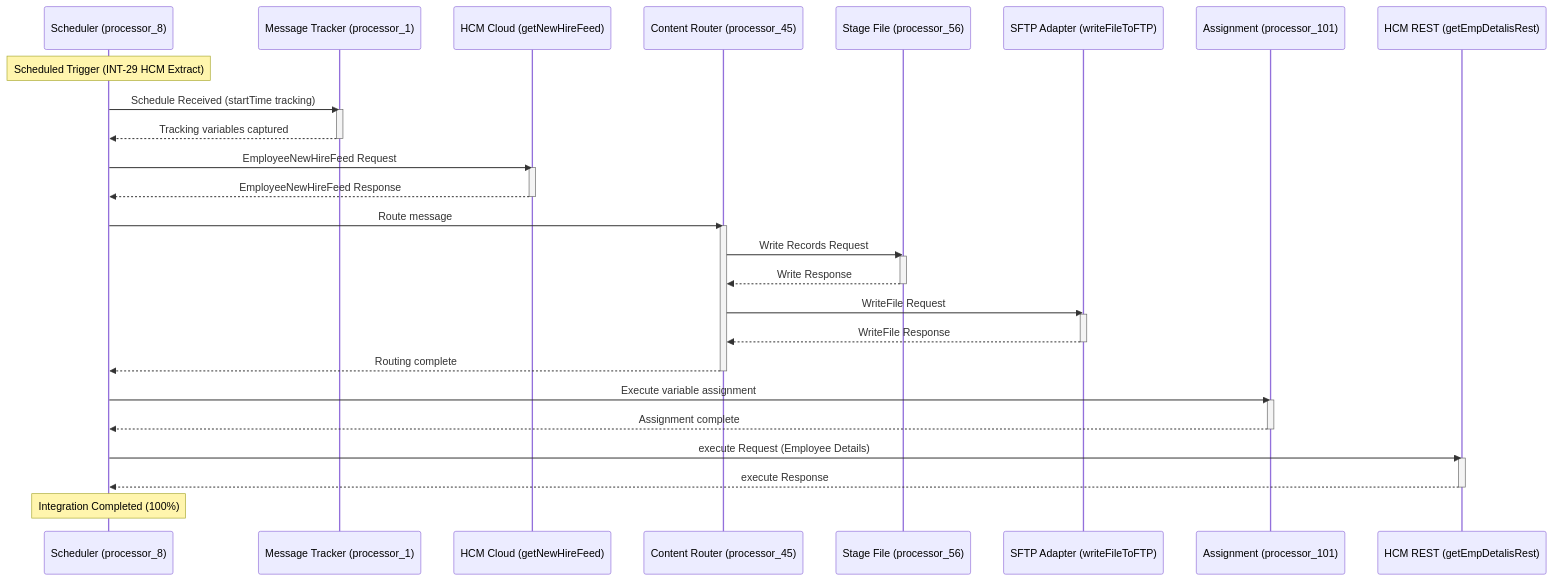
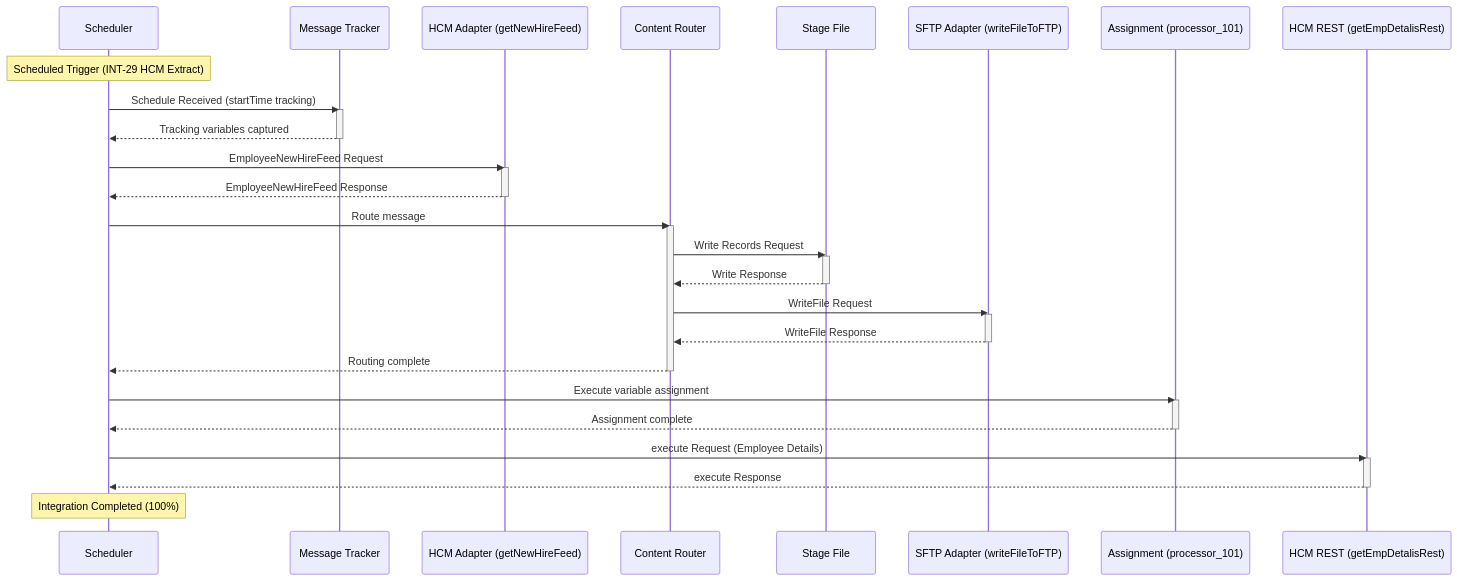
The diagram in Seaspan/Helm/EmployeeMaster.md (shanchih/Seaspan), drawn with Mermaid before and after one commit. The commit also changed other lines of this file, not shown here.

Commit message:
Seaspan/Helm/EmployeeMaster.md updated from https://stackedit.io/

````diff
--- a/Seaspan/Helm/EmployeeMaster.md
+++ b/Seaspan/Helm/EmployeeMaster.md
@@ -20,48 +20,48 @@
 ```mermaid 
 sequenceDiagram
-    participant Scheduler as Scheduler (processor_8)
-    participant MessageTracker as Message Tracker (processor_1)
-    participant HCMCloud as HCM Cloud (getNewHireFeed)
-    participant Router as Content Router (processor_45)
-    participant StageFile as Stage File (processor_56)
+    participant Scheduler as Scheduler
+    participant MessageTracker as Message Tracker
+    participant HCMCloud as HCM Adapter (getNewHireFeed)
+    participant Router as Content Router
+    participant StageFile as Stage File 
     participant SFTP as SFTP Adapter (writeFileToFTP)
     participant Assignment as Assignment (processor_101)
     participant HCMRest as HCM REST (getEmpDetalisRest)
 
     Note over Scheduler: Scheduled Trigger (INT-29 HCM Extract)
     Scheduler->>MessageTracker: Schedule Received (startTime tracking)
     activate MessageTracker
     MessageTracker-->>Scheduler: Tracking variables captured
     deactivate MessageTracker
 
     Scheduler->>HCMCloud: EmployeeNewHireFeed Request
     activate HCMCloud
     HCMCloud-->>Scheduler: EmployeeNewHireFeed Response
     deactivate HCMCloud
 
     Scheduler->>Router: Route message
     activate Router
     Router->>StageFile: Write Records Request
     activate StageFile
     StageFile-->>Router: Write Response
     deactivate StageFile
     
     Router->>SFTP: WriteFile Request
     activate SFTP
     SFTP-->>Router: WriteFile Response
     deactivate SFTP
     Router-->>Scheduler: Routing complete
     deactivate Router
 
     Scheduler->>Assignment: Execute variable assignment
     activate Assignment
     Assignment-->>Scheduler: Assignment complete
     deactivate Assignment
 
     Scheduler->>HCMRest: execute Request (Employee Details)
     activate HCMRest
     HCMRest-->>Scheduler: execute Response
     deactivate HCMRest
 
     Note over Scheduler: Integration Completed (100%)
 ```
````
